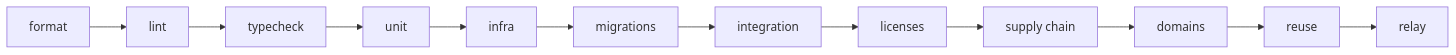
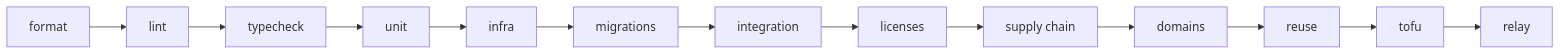
Before and after one commit to abolishus/commonair: the first of 2 diagrams in CONTRIBUTING.md, drawn with Mermaid. The commit also changed other lines of this file and 3 other files, not shown here.

````diff
--- a/CONTRIBUTING.md
+++ b/CONTRIBUTING.md
@@ -74,5 +75,5 @@
 ```mermaid
 flowchart LR
   A[format] --> B[lint] --> C[typecheck] --> D[unit] --> E[infra] --> F[migrations] --> G[integration]
-  G --> H[licenses] --> I[supply chain] --> J[domains] --> K[reuse] --> L[relay]
+  G --> H[licenses] --> I[supply chain] --> J[domains] --> K[reuse] --> T[tofu] --> L[relay]
 ```
````
